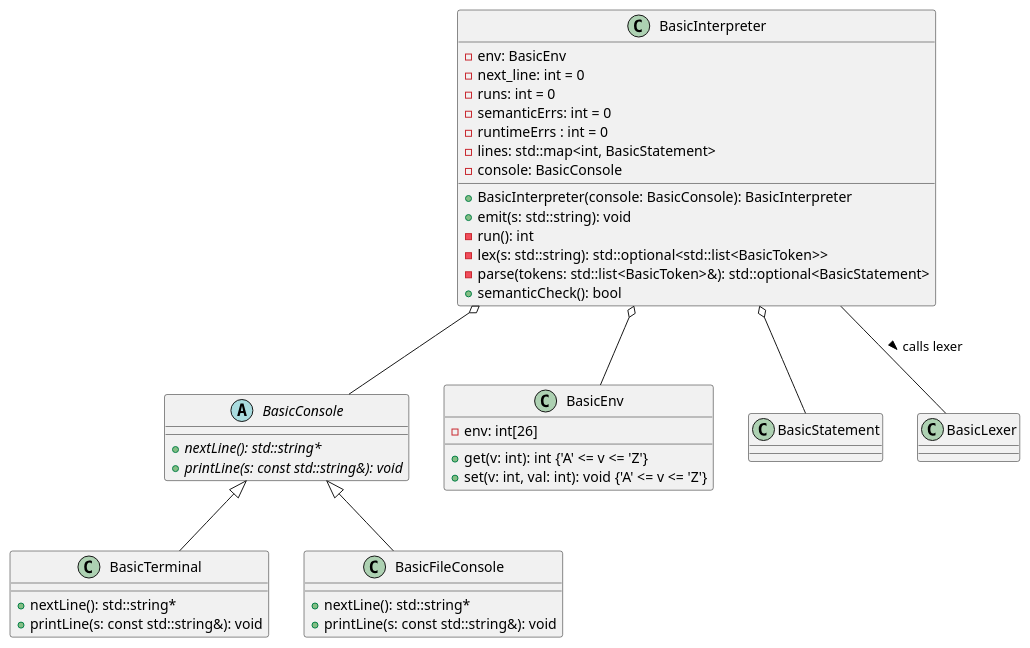
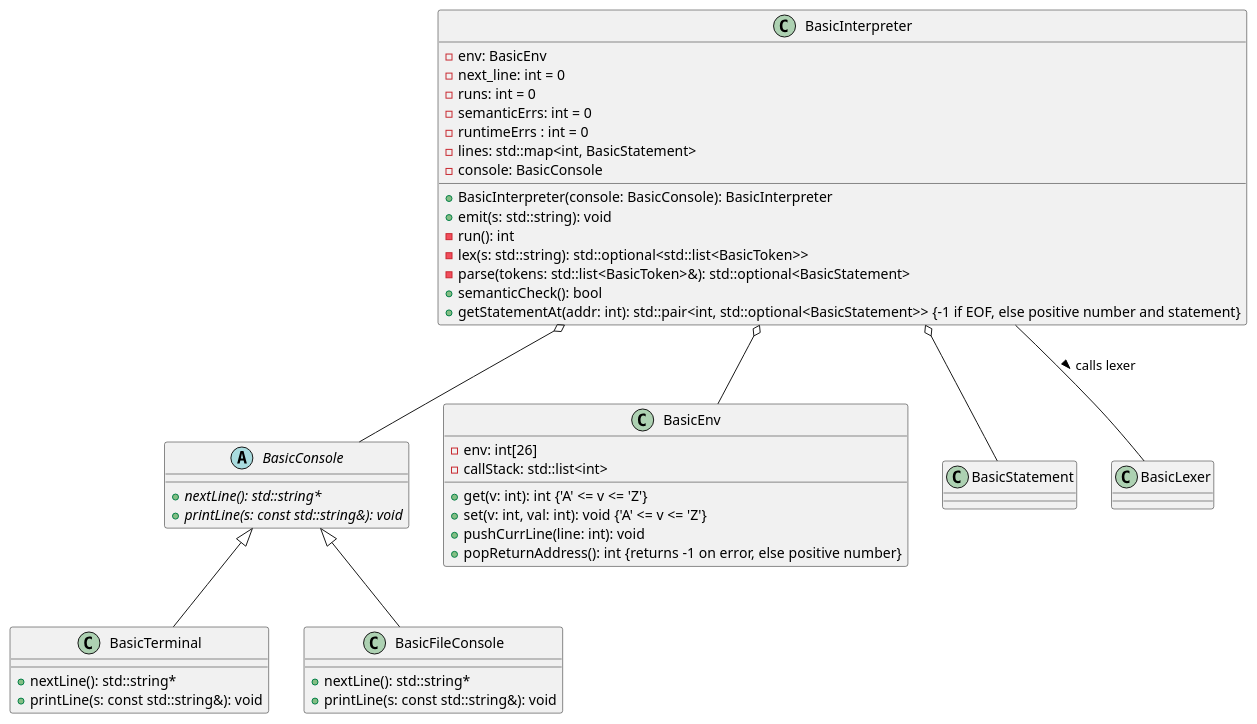
Before and after one commit to rossonlinesolutions/BASIC: the diagram in Documentation/InterpreterClasses.puml, drawn with PlantUML. The commit also changed 1 other file, not shown here.

Commit message:
Finish UML class diagrams

```diff
--- a/Documentation/InterpreterClasses.puml
+++ b/Documentation/InterpreterClasses.puml
@@ -1,46 +1,50 @@
 @startuml Interpreter classes
 
 class BasicInterpreter {
     - env: BasicEnv
     - next_line: int = 0
     - runs: int = 0
     - semanticErrs: int = 0
     - runtimeErrs : int = 0
     - lines: std::map<int, BasicStatement>
     - console: BasicConsole
     + BasicInterpreter(console: BasicConsole): BasicInterpreter
     + emit(s: std::string): void
     - run(): int
     - lex(s: std::string): std::optional<std::list<BasicToken>>
     - parse(tokens: std::list<BasicToken>&): std::optional<BasicStatement>
     + semanticCheck(): bool
+    + getStatementAt(addr: int): std::pair<int, std::optional<BasicStatement>> {-1 if EOF, else positive number and statement}
 }
 
 abstract class BasicConsole {
     + {abstract} nextLine(): std::string*
     + {abstract} printLine(s: const std::string&): void
 }
 
 class BasicTerminal extends BasicConsole {
     + nextLine(): std::string*
     + printLine(s: const std::string&): void
 }
 
 class BasicFileConsole extends BasicConsole {
     + nextLine(): std::string*
     + printLine(s: const std::string&): void
 }
 
 class BasicEnv {
     - env: int[26]
+    - callStack: std::list<int>
     + get(v: int): int {'A' <= v <= 'Z'}
     + set(v: int, val: int): void {'A' <= v <= 'Z'}
+    + pushCurrLine(line: int): void
+    + popReturnAddress(): int {returns -1 on error, else positive number}
 }
 
 BasicInterpreter o-- BasicConsole
 BasicInterpreter o-- BasicStatement
 BasicInterpreter o-- BasicEnv
 
 BasicInterpreter -- BasicLexer : calls lexer >
 
 @enduml
```
